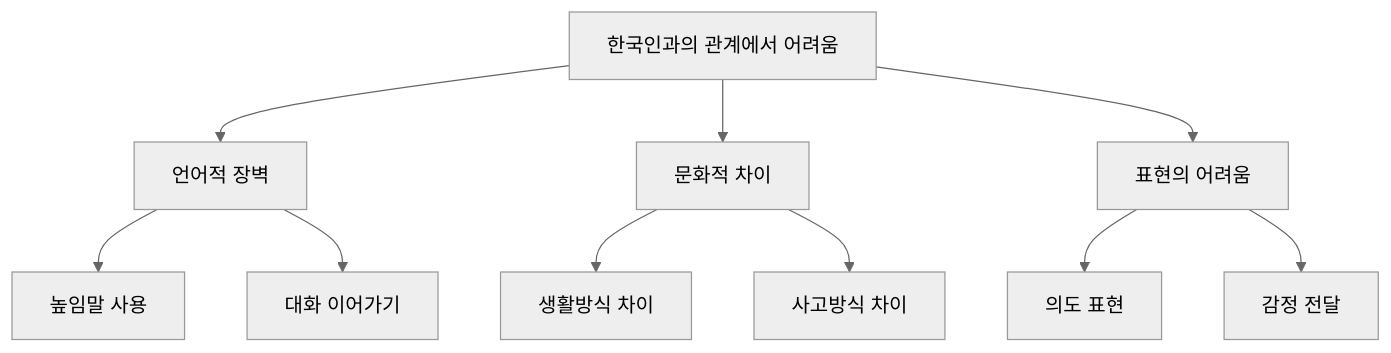
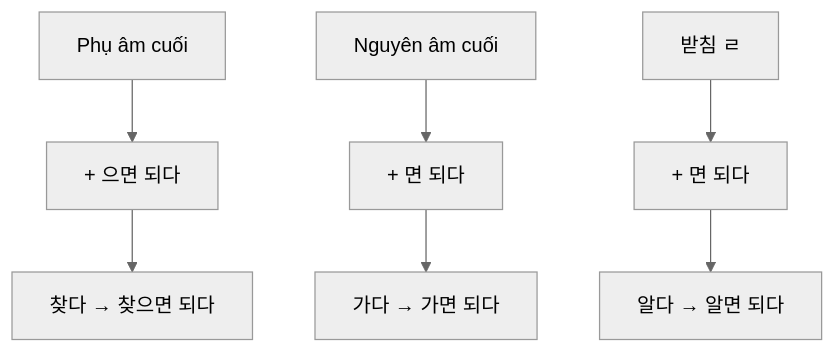
The third of 5 diagrams in src/content/soft-skills/custom2/custom21.md (khieu-dv/vievlog), drawn with Mermaid (neutral theme) before and after one commit. The commit also changed other lines of this file and 2 other files, not shown here.

````diff
--- a/src/content/soft-skills/custom2/custom21.md
+++ b/src/content/soft-skills/custom2/custom21.md
@@ -251,15 +129,10 @@
 ```mermaid
 graph TD
-    A[한국인과의 관계에서 어려움] --> B[언어적 장벽]
-    A --> C[문화적 차이]
-    A --> D[표현의 어려움]
+    A[Phụ âm cuối] --> B[+ 으면 되다]
+    C[Nguyên âm cuối] --> D[+ 면 되다]
+    E[받침 ㄹ] --> F[+ 면 되다]
     
-    B --> B1[높임말 사용]
-    B --> B2[대화 이어가기]
-    
-    C --> C1[생활방식 차이]
-    C --> C2[사고방식 차이]
-    
-    D --> D1[의도 표현]
-    D --> D2[감정 전달]
+    B --> G[찾다 → 찾으면 되다]
+    D --> H[가다 → 가면 되다]
+    F --> I[알다 → 알면 되다]
 ```
````
